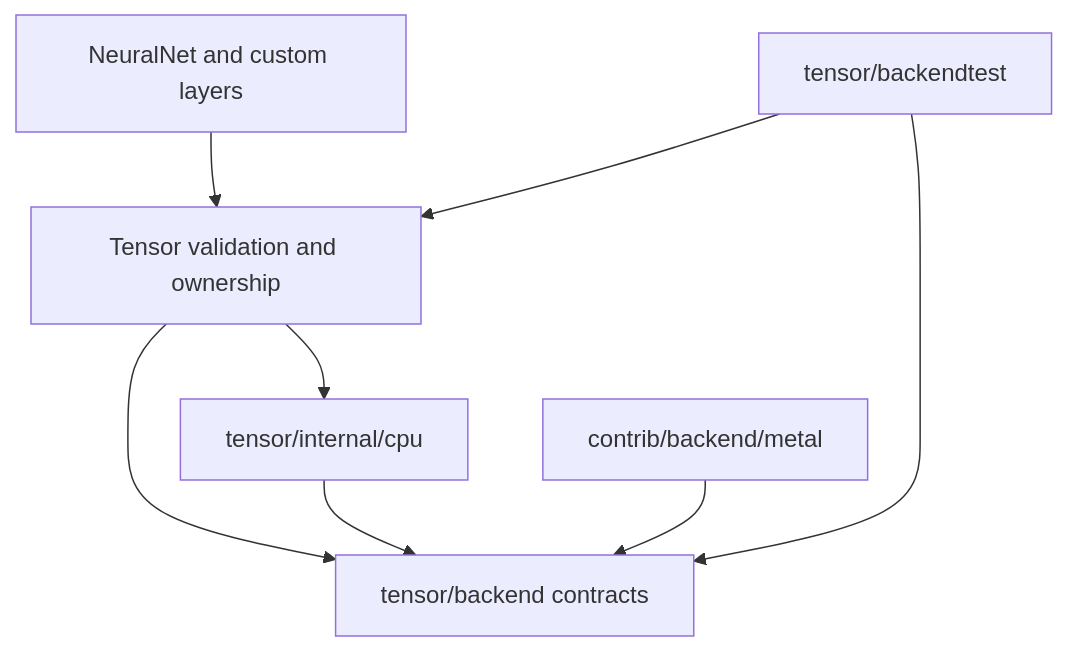
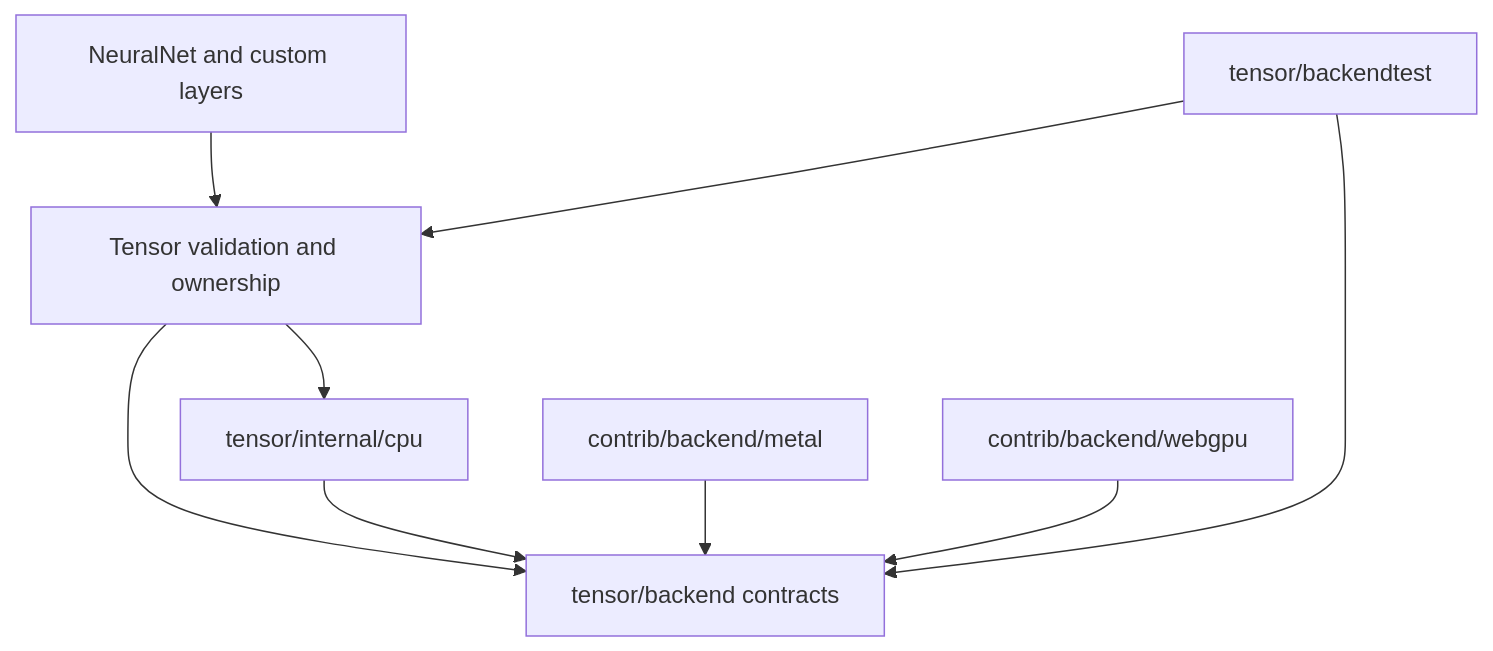
One commit to bpradana/goml changed the first of 2 diagrams in docs/backend-contract.md. Above: the diagram before and after it, drawn with Mermaid. The commit also changed other lines of this file and 16 other files, not shown here.

Commit message:
docs(webgpu): add backend guide logo and validation report

````diff
--- a/docs/backend-contract.md
+++ b/docs/backend-contract.md
@@ -8,10 +8,11 @@
 ```mermaid
 flowchart TD
     NN[NeuralNet and custom layers] --> T[Tensor validation and ownership]
     T --> B[tensor/backend contracts]
     CPU[tensor/internal/cpu] --> B
     METAL[contrib/backend/metal] --> B
+    WEBGPU[contrib/backend/webgpu] --> B
     T --> CPU
     TEST[tensor/backendtest] --> T
     TEST --> B
 ```
````
